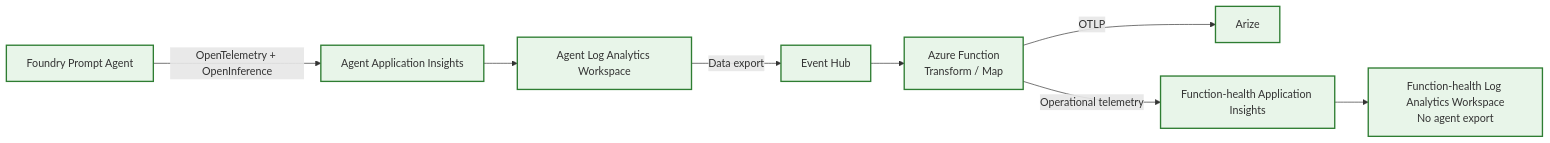
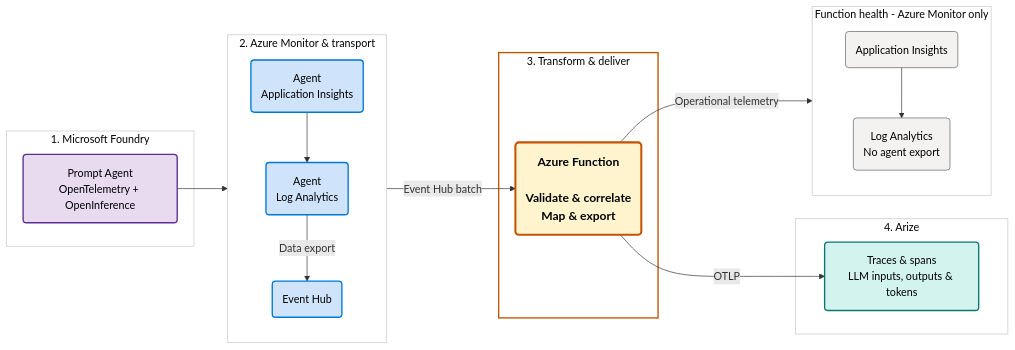
Before and after one commit to rob-mckenna/foundry-otel-to-arize-demo: the diagram in README.md, drawn with Mermaid.

Commit message:
docs: make README architecture diagram easier to scan (#157)
Group the current-state route into four stages, emphasize the Azure Function, and distinguish isolated Function-health telemetry.

Copilot-Session: 67d86c13-687e-4430-b65f-d5d16deb4d52

````diff
--- a/README.md
+++ b/README.md
@@ -13,13 +13,54 @@
 ```mermaid
 flowchart LR
-    A[Foundry Prompt Agent] -->|OpenTelemetry + OpenInference| B[Agent Application Insights]
-    B --> C[Agent Log Analytics Workspace]
-    C -->|Data export| D[Event Hub]
-    D --> E["Azure Function<br/>Transform / Map"]
-    E -->|OTLP| F[Arize]
-    E -->|Operational telemetry| H[Function-health Application Insights]
-    H --> I["Function-health Log Analytics Workspace<br/>No agent export"]
+    accTitle: Foundry agent telemetry to Arize
+    accDescr: Agent telemetry passes through Azure Monitor and Event Hub to the Azure Function for validation, per-span content correlation, mapping and OTLP export to Arize. Function-health telemetry goes to separate Azure Monitor resources with no agent export.
 
-    classDef current fill:#e8f5e9,stroke:#2e7d32,stroke-width:2px;
-    class A,B,C,D,E,F,H,I current;
+    subgraph FOUNDRY["1. Microsoft Foundry"]
+        A("Prompt Agent<br/>OpenTelemetry + OpenInference")
+    end
+
+    subgraph MONITOR["2. Azure Monitor & transport"]
+        direction TB
+        B("Agent<br/>Application Insights")
+        C("Agent<br/>Log Analytics")
+        D("Event Hub")
+        B --> C -->|Data export| D
+    end
+
+    subgraph TRANSFORM["3. Transform & deliver"]
+        E("Azure Function<br/><br/>Validate & correlate<br/>Map & export")
+    end
+
+    subgraph ARIZE["4. Arize"]
+        F("Traces & spans<br/>LLM inputs, outputs & tokens")
+    end
+
+    subgraph HEALTH["Function health - Azure Monitor only"]
+        direction TB
+        H("Application Insights")
+        I("Log Analytics<br/>No agent export")
+        H --> I
+    end
+
+    A --> MONITOR
+    MONITOR -->|Event Hub batch| E
+    E -->|OTLP| F
+    E -->|Operational telemetry| HEALTH
+
+    classDef agent fill:#e8daef,stroke:#5c2d91,color:#000,stroke-width:2px;
+    classDef azure fill:#cfe4fa,stroke:#0078d4,color:#000,stroke-width:2px;
+    classDef function fill:#fff4ce,stroke:#c45100,color:#000,stroke-width:3px,font-size:18px,font-weight:bold;
+    classDef destination fill:#d3f3ef,stroke:#0c756f,color:#000,stroke-width:2px;
+    classDef health fill:#f3f2f1,stroke:#605e5c,color:#000,stroke-width:1px;
+    class A agent;
+    class B,C,D azure;
+    class E function;
+    class F destination;
+    class H,I health;
+
+    style FOUNDRY fill:#fff,stroke:#c8c6c4,color:#000
+    style MONITOR fill:#fff,stroke:#c8c6c4,color:#000
+    style TRANSFORM fill:#fff,stroke:#c45100,color:#000,stroke-width:2px
+    style ARIZE fill:#fff,stroke:#c8c6c4,color:#000
+    style HEALTH fill:#fff,stroke:#c8c6c4,color:#000
 ```
````
